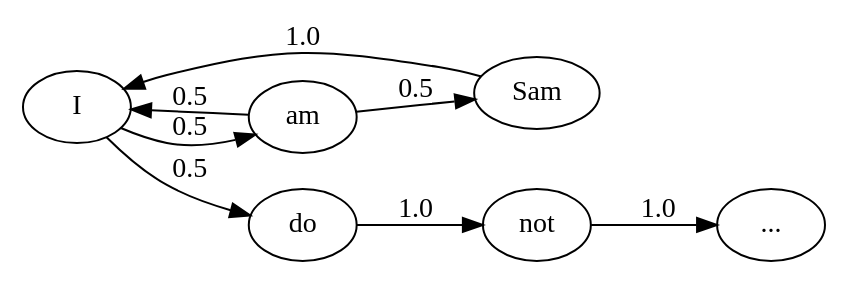
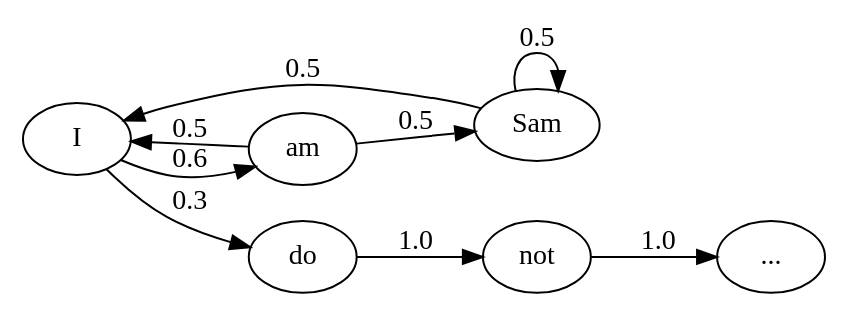
One commit to usma-eecs/cs486 changed the diagram in images/unigrams.dot. Above: the diagram before and after it, drawn with Graphviz. The commit also changed 2 other files, not shown here.

```diff
--- a/images/unigrams.dot
+++ b/images/unigrams.dot
@@ -1,10 +1,11 @@
 digraph G {
   rankdir="LR";
-  I -> am [label="0.5"];
+  I -> am [label="0.6"];
   am -> Sam [label="0.5"];
-  Sam -> I [label="1.0"];
+  Sam -> I [label="0.5"];
+  Sam -> Sam [label="0.5"];
   am -> I [label="0.5"];
-  I -> do [label="0.5"];
+  I -> do [label="0.3"];
   do -> "not" [label="1.0"];
   not -> "..." [label="1.0"];
 }
```
